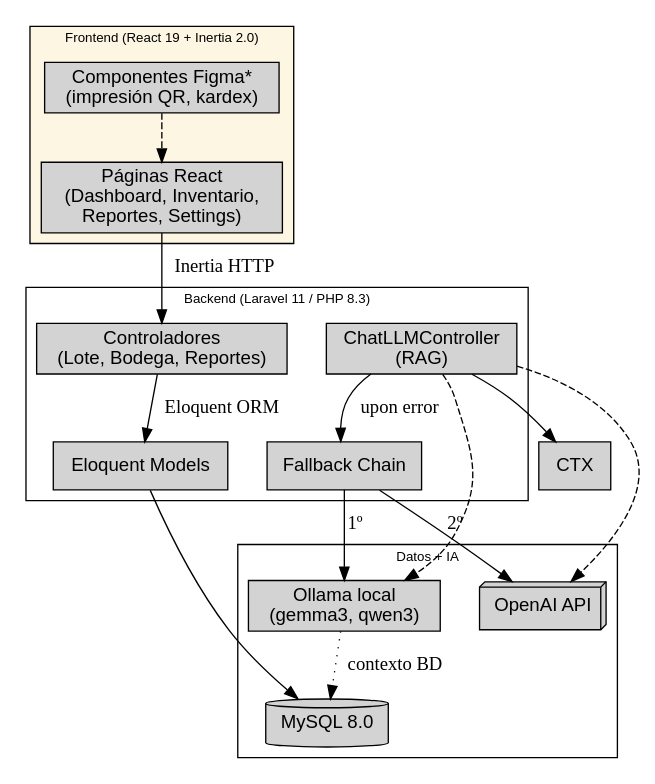
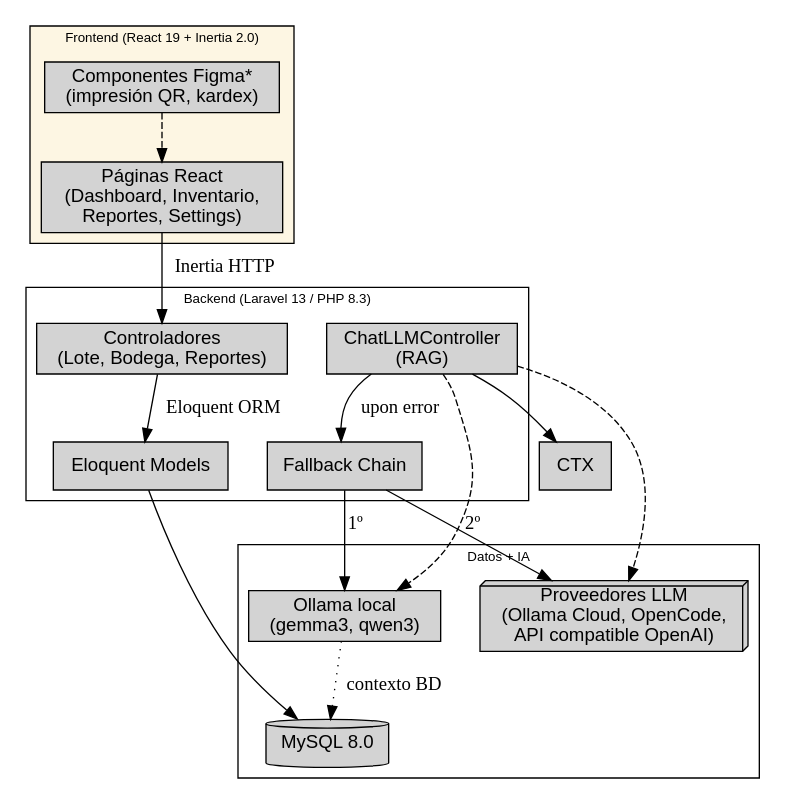
The diagram in overleaf_tesis_humanizado/Anexos/Imagenes/DiagramaComponentes.dot (germanmurillas/gestor-inventario-pymes-llm), drawn with Graphviz before and after one commit. The commit also changed 30 other files, not shown here.

```diff
--- a/overleaf_tesis_humanizado/Anexos/Imagenes/DiagramaComponentes.dot
+++ b/overleaf_tesis_humanizado/Anexos/Imagenes/DiagramaComponentes.dot
@@ -1,33 +1,33 @@
 digraph COMP {
   rankdir=TB; bgcolor=white; nodesep=.4; fontname="Helvetica"; fontsize=10;
   node [shape=box, fontname="Helvetica", style=filled];
 
   subgraph cluster_front {
     label="Frontend (React 19 + Inertia 2.0)"; fillcolor="#FDF6E3"; style=filled;
     PAGES [label="Páginas React\n(Dashboard, Inventario,\nReportes, Settings)"];
     COMP [label="Componentes Figma*\n(impresión QR, kardex)"];
   }
   subgraph cluster_back {
-    label="Backend (Laravel 11 / PHP 8.3)"; fillcolor="#EFF7EF";
+    label="Backend (Laravel 13 / PHP 8.3)"; fillcolor="#EFF7EF";
     CTL [label="Controladores\n(Lote, Bodega, Reportes)"];
     RAG [label="ChatLLMController\n(RAG)"];
     FALL [label="Fallback Chain"];
     MODELS [label="Eloquent Models"];
   }
   subgraph cluster_data {
     label="Datos + IA"; fillcolor="#F7F0F7";
     MYSQL [label="MySQL 8.0", shape=cylinder];
     OLLAMA [label="Ollama local\n(gemma3, qwen3)"];
-    OPENAI [label="OpenAI API", shape=box3d];
+    OPENAI [label="Proveedores LLM\n(Ollama Cloud, OpenCode,\nAPI compatible OpenAI)", shape=box3d];
   }
 
   PAGES -> CTL [label="Inertia HTTP"];
   COMP -> PAGES [style=dashed];
   CTL -> MODELS [label="Eloquent ORM"];
   RAG -> CTX [lhead=cluster_data];
   MODELS -> MYSQL;
   RAG -> FALL [label="upon error"];
   FALL -> OLLAMA [label="1º"]; FALL -> OPENAI [label="2º"];
   RAG -> OLLAMA [style=dashed]; RAG -> OPENAI [style=dashed];
   OLLAMA -> MYSQL [label="contexto BD", style=dotted];
 }
```
